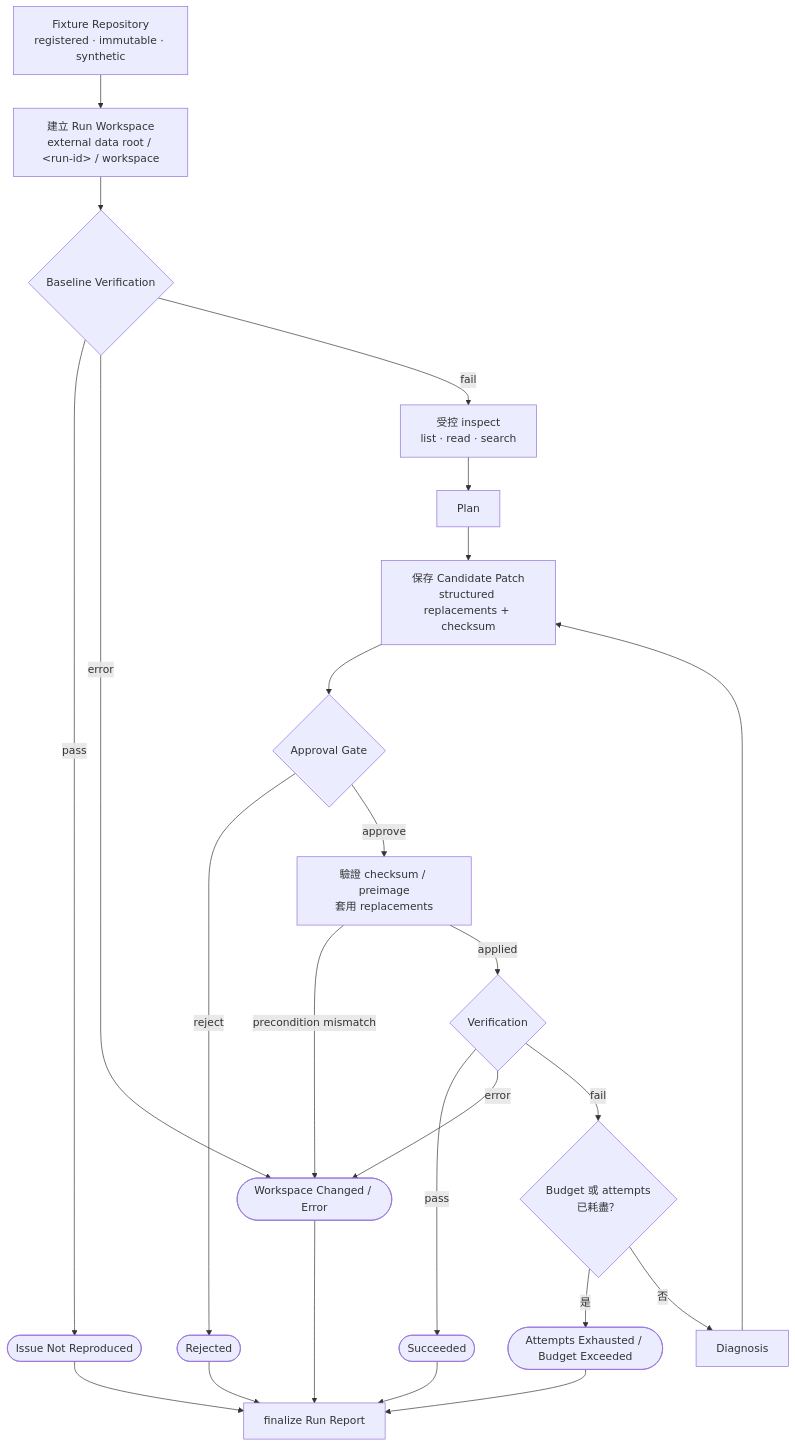
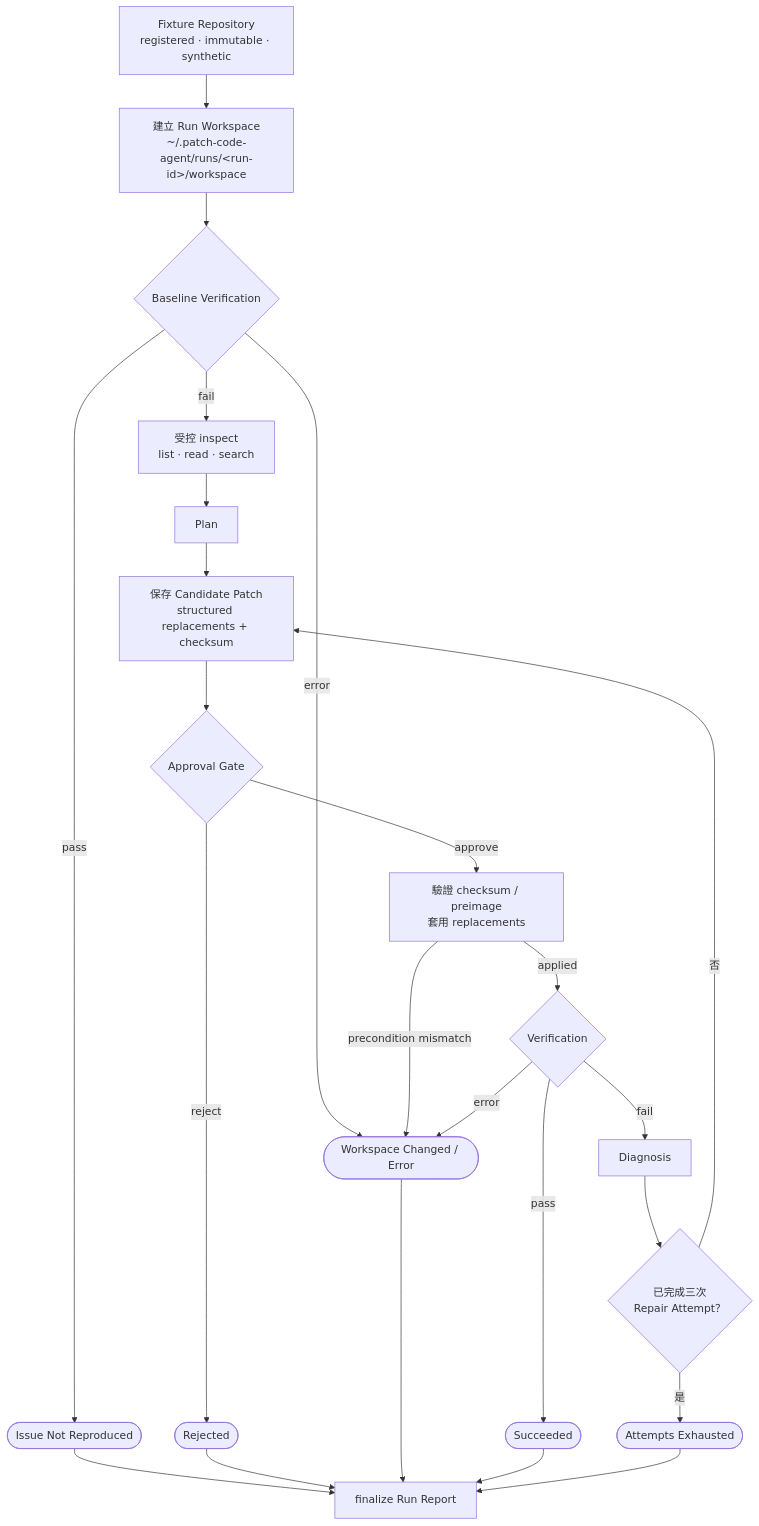
One commit to jerryxcy/patch-code-agent changed the first of 2 diagrams in docs/design.md. Above: the diagram before and after it, drawn with Mermaid. The commit also changed other lines of this file and 30 other files, not shown here.

Commit message:
refactor: focus prototype on fixture patch runs

````diff
--- a/docs/design.md
+++ b/docs/design.md
@@ -17,42 +13,43 @@
 ```mermaid
 flowchart TD
     fixture["Fixture Repository<br/>registered · immutable · synthetic"]
-    workspace["建立 Run Workspace<br/>external data root / &lt;run-id&gt; / workspace"]
+    workspace["建立 Run Workspace<br/>~/.patch-code-agent/runs/&lt;run-id&gt;/workspace"]
     baseline{"Baseline Verification"}
     inspect["受控 inspect<br/>list · read · search"]
     plan["Plan"]
     candidate["保存 Candidate Patch<br/>structured replacements + checksum"]
     approval{"Approval Gate"}
     apply["驗證 checksum / preimage<br/>套用 replacements"]
     verify{"Verification"}
-    budget{"Budget 或 attempts<br/>已耗盡？"}
+    attempts{"已完成三次<br/>Repair Attempt？"}
     diagnosis["Diagnosis"]
 
     not_reproduced(["Issue Not Reproduced"])
     rejected(["Rejected"])
     changed(["Workspace Changed / Error"])
     succeeded(["Succeeded"])
-    exhausted(["Attempts Exhausted / Budget Exceeded"])
+    exhausted(["Attempts Exhausted"])
     report["finalize Run Report"]
 
     fixture --> workspace --> baseline
     baseline -->|pass| not_reproduced
     baseline -->|error| changed
     baseline -->|fail| inspect
     inspect --> plan --> candidate --> approval
     approval -->|reject| rejected
     approval -->|approve| apply
     apply -->|precondition mismatch| changed
     apply -->|applied| verify
     verify -->|pass| succeeded
     verify -->|error| changed
-    verify -->|fail| budget
-    budget -->|是| exhausted
-    budget -->|否| diagnosis --> candidate
+    verify -->|fail| diagnosis
+    diagnosis --> attempts
+    attempts -->|是| exhausted
+    attempts -->|否| candidate
 
     not_reproduced --> report
     rejected --> report
     changed --> report
     succeeded --> report
     exhausted --> report
 ```
````
